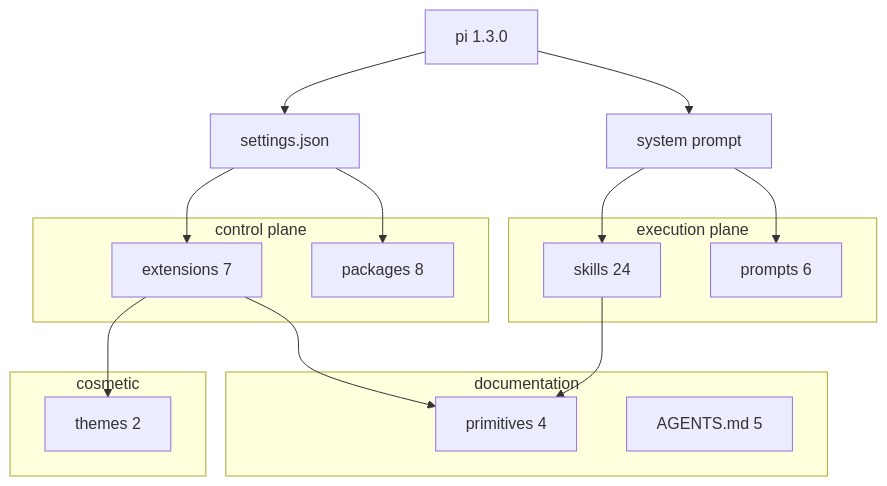
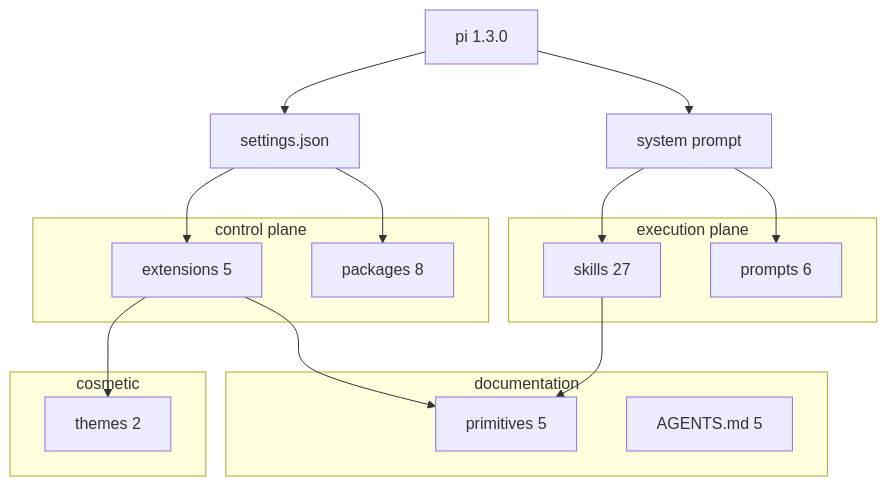
Before and after one commit to sub0xdai/n0x-pi: the first of 5 diagrams in agent/harness-map.md, drawn with Mermaid. The commit also changed other lines of this file and 19 other files, not shown here.

````diff
--- a/agent/harness-map.md
+++ b/agent/harness-map.md
@@ -29,30 +29,30 @@
 ```mermaid
 flowchart TB
     P["pi 1.3.0"]
     SP["system prompt"]
     SET["settings.json"]
     subgraph CTL["control plane"]
-        EXT["extensions 7"]
+        EXT["extensions 5"]
         PKG["packages 8"]
     end
     subgraph EXE["execution plane"]
-        SK["skills 24"]
+        SK["skills 27"]
         PR["prompts 6"]
     end
     subgraph DOC["documentation"]
-        PRI["primitives 4"]
+        PRI["primitives 5"]
         DOX["AGENTS.md 5"]
     end
     subgraph COS["cosmetic"]
         TH["themes 2"]
     end
     P --> SP
     P --> SET
     SP --> SK
     SP --> PR
     SET --> EXT
     SET --> PKG
     EXT --> PRI
     SK --> PRI
     EXT --> TH
 ```
````
